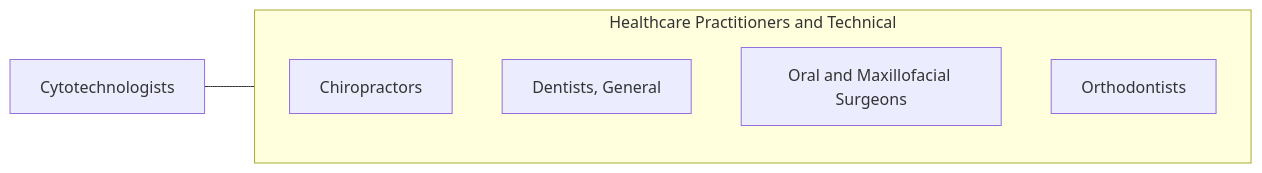
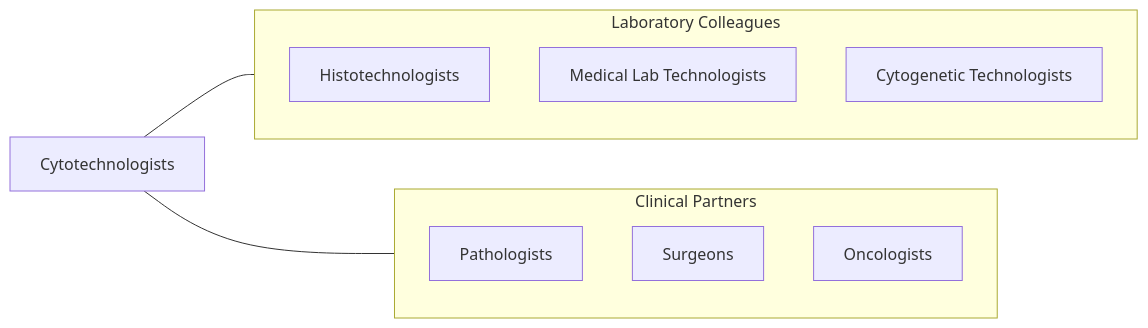
Before and after one commit to kziemski/business.org.ai: the fourth of 4 diagrams in occupations/HealthcarePractitioners/Cytotechnologists.mdx, drawn with Mermaid. The commit also changed other lines of this file and 938 other files, not shown here.

````diff
--- a/occupations/HealthcarePractitioners/Cytotechnologists.mdx
+++ b/occupations/HealthcarePractitioners/Cytotechnologists.mdx
@@ -109,13 +179,19 @@
 ```mermaid
 graph LR
     Current["Cytotechnologists"]
 
-    subgraph SameCategory["Healthcare Practitioners and Technical"]
-        Chiropractors["Chiropractors"]
-        DentistsGeneral["Dentists, General"]
-        OralAndMaxillofacial["Oral and Maxillofacial Surgeons"]
-        Orthodontists["Orthodontists"]
+    subgraph LabTeam["Laboratory Colleagues"]
+        Histotech["Histotechnologists"]
+        MedTech["Medical Lab Technologists"]
+        CytoGen["Cytogenetic Technologists"]
     end
 
-    Current --- SameCategory
+    subgraph Clinical["Clinical Partners"]
+        Pathologists["Pathologists"]
+        Surgeons["Surgeons"]
+        Oncologists["Oncologists"]
+    end
+
+    Current --- LabTeam
+    Current --- Clinical
 ```
````
